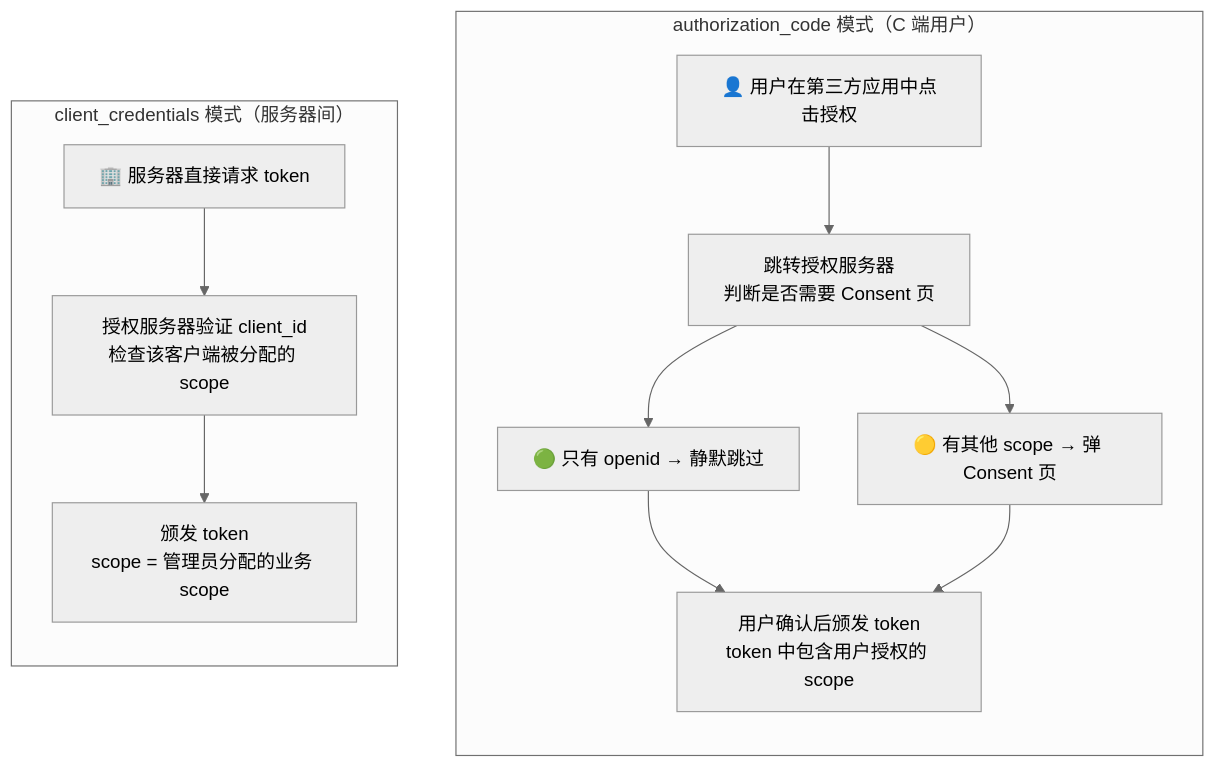
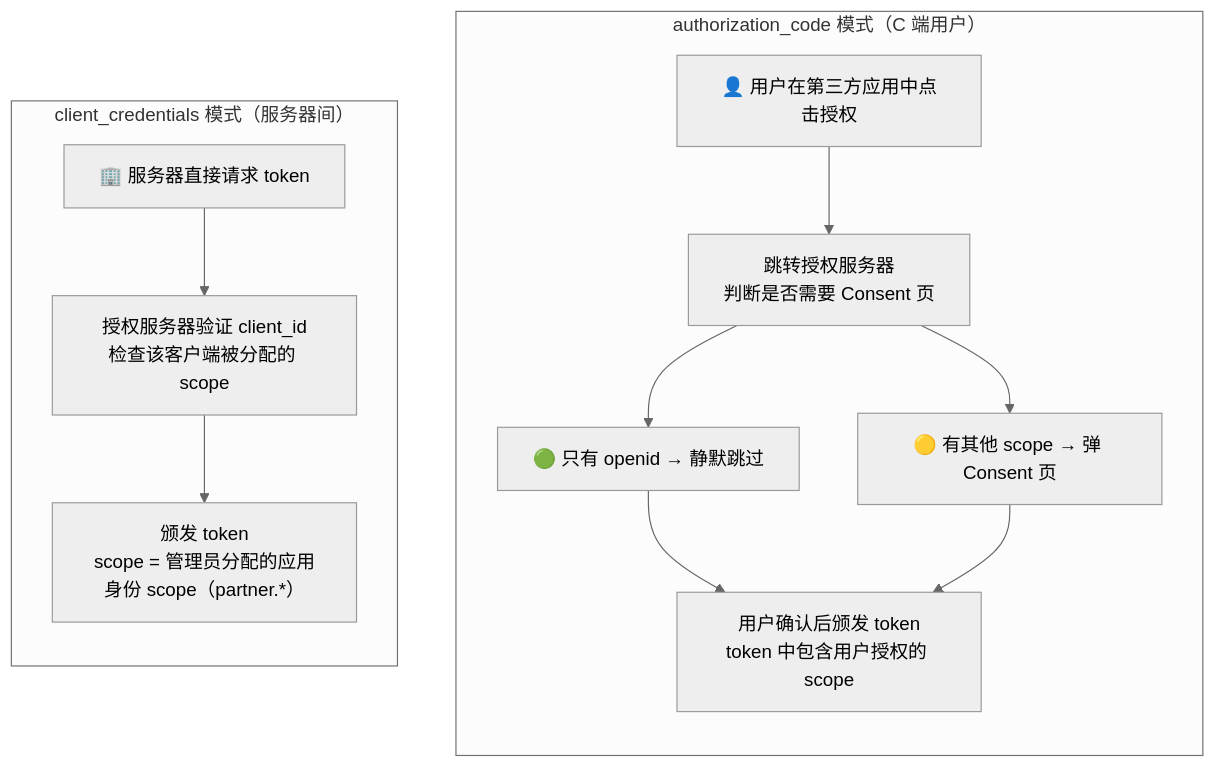
The third of 10 diagrams in samples/scope-plan.md (codingoer/spring-authorization-server), drawn with Mermaid (neutral theme) before and after one commit. The commit also changed other lines of this file and 1 other file, not shown here.

Commit message:
scope plan

````diff
--- a/samples/scope-plan.md
+++ b/samples/scope-plan.md
@@ -254,24 +317,24 @@
 ```mermaid
 flowchart TB
     subgraph AC["authorization_code 模式（C 端用户）"]
         direction TB
         AC1["👤 用户在第三方应用中点击授权"]
         AC2["跳转授权服务器<br/>判断是否需要 Consent 页"]
         AC3a["🟢 只有 openid → 静默跳过"]
         AC3b["🟡 有其他 scope → 弹 Consent 页"]
         AC4["用户确认后颁发 token<br/>token 中包含用户授权的 scope"]
         AC1 --> AC2
         AC2 --> AC3a
         AC2 --> AC3b
         AC3a --> AC4
         AC3b --> AC4
     end
 
     subgraph CC["client_credentials 模式（服务器间）"]
         direction TB
         CC1["🏢 服务器直接请求 token"]
         CC2["授权服务器验证 client_id<br/>检查该客户端被分配的 scope"]
-        CC3["颁发 token<br/>scope = 管理员分配的业务 scope"]
+        CC3["颁发 token<br/>scope = 管理员分配的应用身份 scope（partner.*）"]
         CC1 --> CC2 --> CC3
     end
 ```
````
